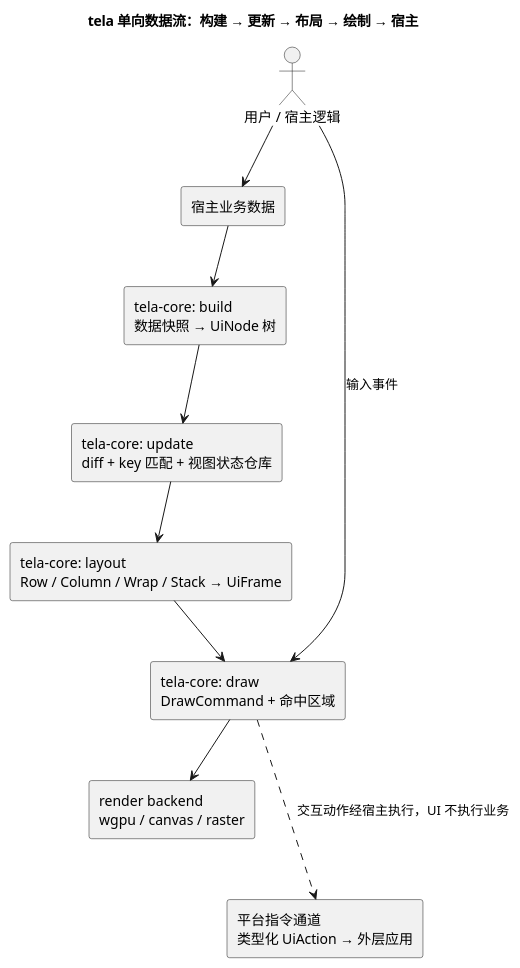
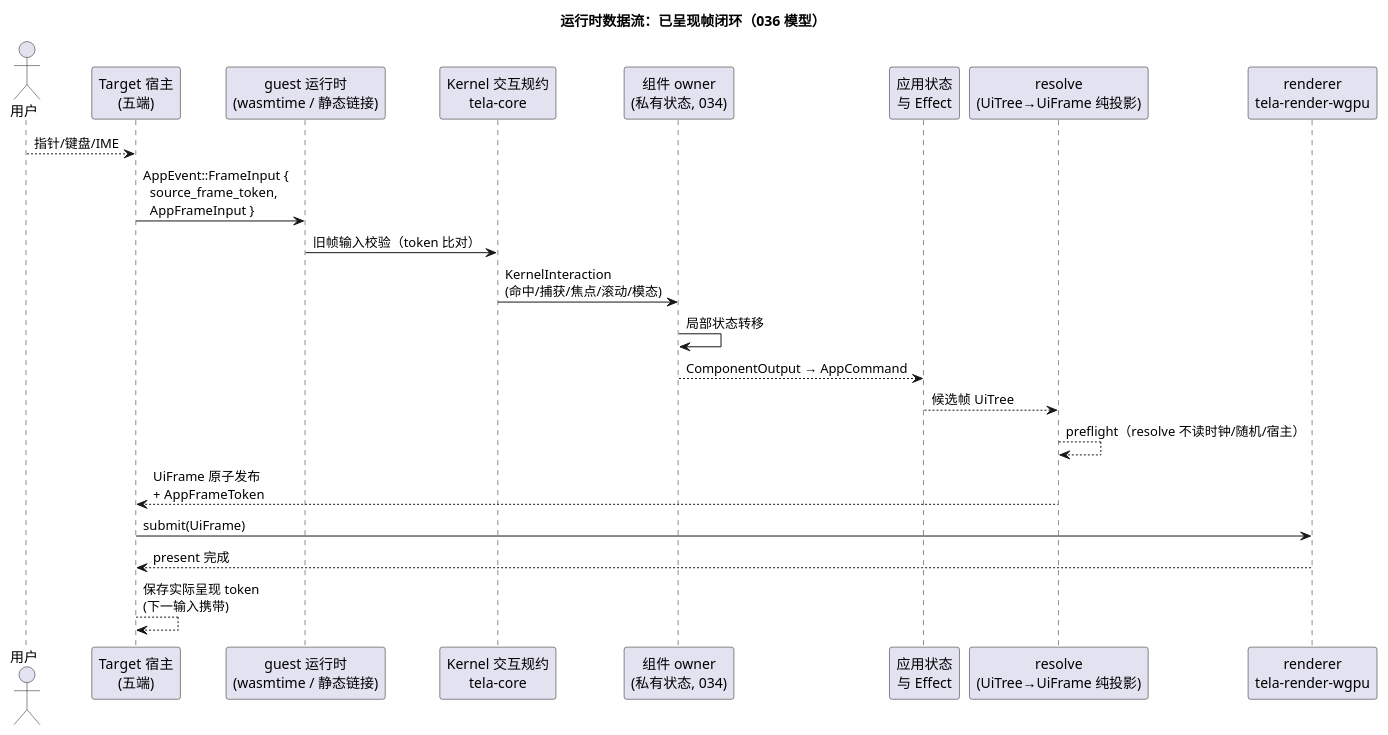
Before and after one commit to nyml2003/tela: the third of 5 diagrams in docs/002-架构总览与分层.md, drawn with PlantUML. The commit also changed other lines of this file and 90 other files, not shown here.

````diff
--- a/docs/002-架构总览与分层.md
+++ b/docs/002-架构总览与分层.md
@@ -75,25 +305,28 @@
 ```plantuml
-@startuml
-title tela 单向数据流：构建 → 更新 → 布局 → 绘制 → 宿主
-skinparam componentStyle rectangle
+@startuml{002-dataflow}
+title 运行时数据流：已呈现帧闭环（036 模型）
 skinparam shadowing false
 
-actor "用户 / 宿主逻辑" as user
-component "宿主业务数据" as data
-component "tela-core: build\n数据快照 → UiNode 树" as build
-component "tela-core: update\ndiff + key 匹配 + 视图状态仓库" as update
-component "tela-core: layout\nRow / Column / Wrap / Stack → UiFrame" as layout
-component "tela-core: draw\nDrawCommand + 命中区域" as draw
-component "render backend\nwgpu / canvas / raster" as render
-component "平台指令通道\n类型化 UiAction → 外层应用" as act
+actor "用户" as user
+participant "Target 宿主\n(五端)" as host
+participant "guest 运行时\n(wasmtime / 静态链接)" as guest_p
+participant "Kernel 交互规约\ntela-core" as kernel
+participant "组件 owner\n(私有状态, 034)" as owner
+participant "应用状态\n与 Effect" as appstate
+participant "resolve\n(UiTree→UiFrame 纯投影)" as resolve
+participant "renderer\ntela-render-wgpu" as renderer
 
-user --> data
-data --> build
-build --> update
-update --> layout
-layout --> draw
-draw --> render
-draw -.-> act : 交互动作经宿主执行，UI 不执行业务
-user --> draw : 输入事件
+user --> host : 指针/键盘/IME
+host -> guest_p : AppEvent::FrameInput {\n  source_frame_token,\n  AppFrameInput }
+guest_p -> kernel : 旧帧输入校验（token 比对）
+kernel -> owner : KernelInteraction\n(命中/捕获/焦点/滚动/模态)
+owner -> owner : 局部状态转移
+owner --> appstate : ComponentOutput → AppCommand
+appstate --> resolve : 候选帧 UiTree
+resolve --> resolve : preflight（resolve 不读时钟/随机/宿主）
+resolve --> host : UiFrame 原子发布\n+ AppFrameToken
+host -> renderer : submit(UiFrame)
+renderer --> host : present 完成
+host --> host : 保存实际呈现 token\n(下一输入携带)
 @enduml
 ```
````
